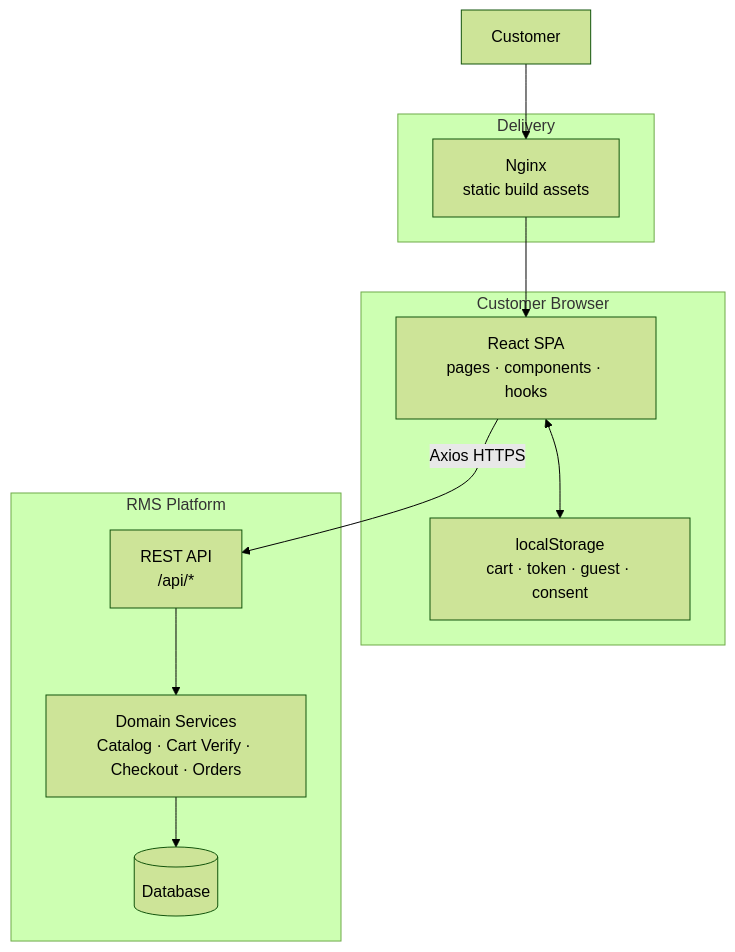
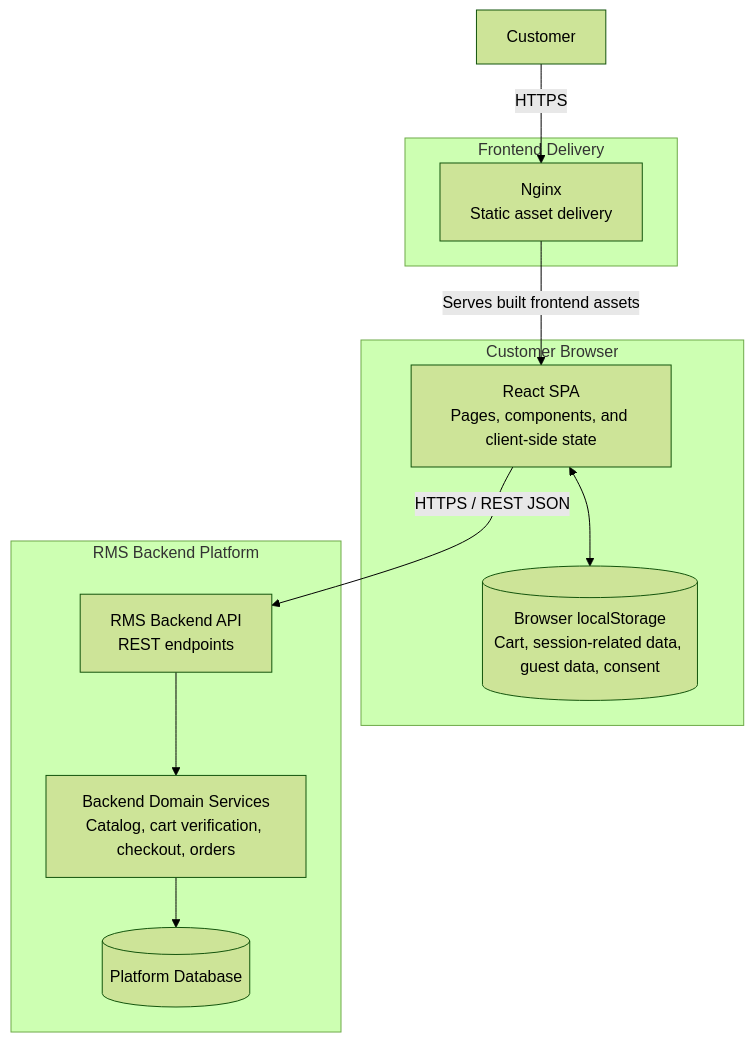
One commit to suliman-mousa/restaurant-ordering-platform changed the third of 14 diagrams in DIAGRAMS.md. Above: the diagram before and after it, drawn with Mermaid (forest theme). The commit also changed other lines of this file, not shown here.

````diff
--- a/DIAGRAMS.md
+++ b/DIAGRAMS.md
@@ -47,22 +63,24 @@
 ```mermaid
 flowchart TB
-  subgraph Browser["Customer Browser"]
-    SPA["React SPA<br/>pages · components · hooks"]
-    LS["localStorage<br/>cart · token · guest · consent"]
-    SPA <--> LS
-  end
+    subgraph Browser["Customer Browser"]
+        SPA["React SPA<br/>Pages, components, and client-side state"]
+        LS[("Browser localStorage<br/>Cart, session-related data, guest data, consent")]
+        SPA <--> LS
+    end
 
-  subgraph Edge["Delivery"]
-    NGX["Nginx<br/>static build assets"]
-  end
+    subgraph Delivery["Frontend Delivery"]
+        NGX["Nginx<br/>Static asset delivery"]
+    end
 
-  subgraph Platform["RMS Platform"]
-    API["REST API<br/>/api/*"]
-    SVC["Domain Services<br/>Catalog · Cart Verify · Checkout · Orders"]
-    DATA[(Database)]
-    API --> SVC --> DATA
-  end
+    subgraph Platform["RMS Backend Platform"]
+        API["RMS Backend API<br/>REST endpoints"]
+        SVC["Backend Domain Services<br/>Catalog, cart verification, checkout, orders"]
+        DB[("Platform Database")]
+        API --> SVC
+        SVC --> DB
+    end
 
-  C[Customer] --> NGX --> SPA
-  SPA -->|Axios HTTPS| API
+    CUSTOMER["Customer"] -->|"HTTPS"| NGX
+    NGX -->|"Serves built frontend assets"| SPA
+    SPA -->|"HTTPS / REST JSON"| API
 ```
````
